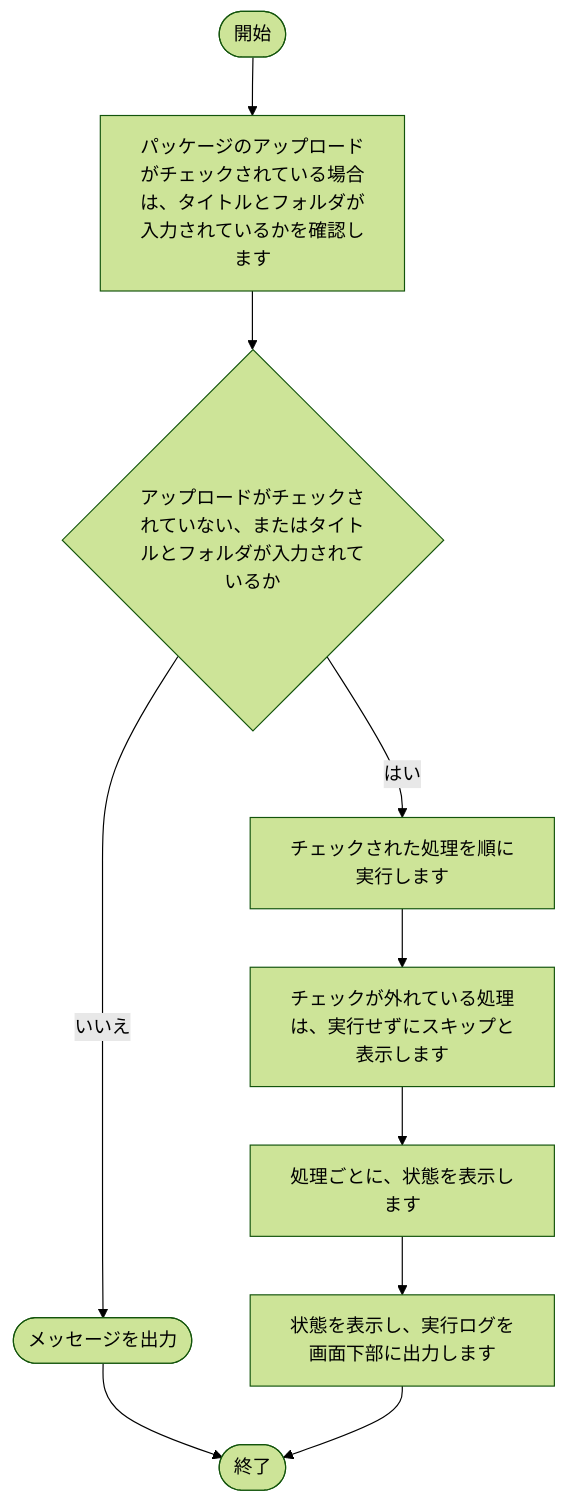
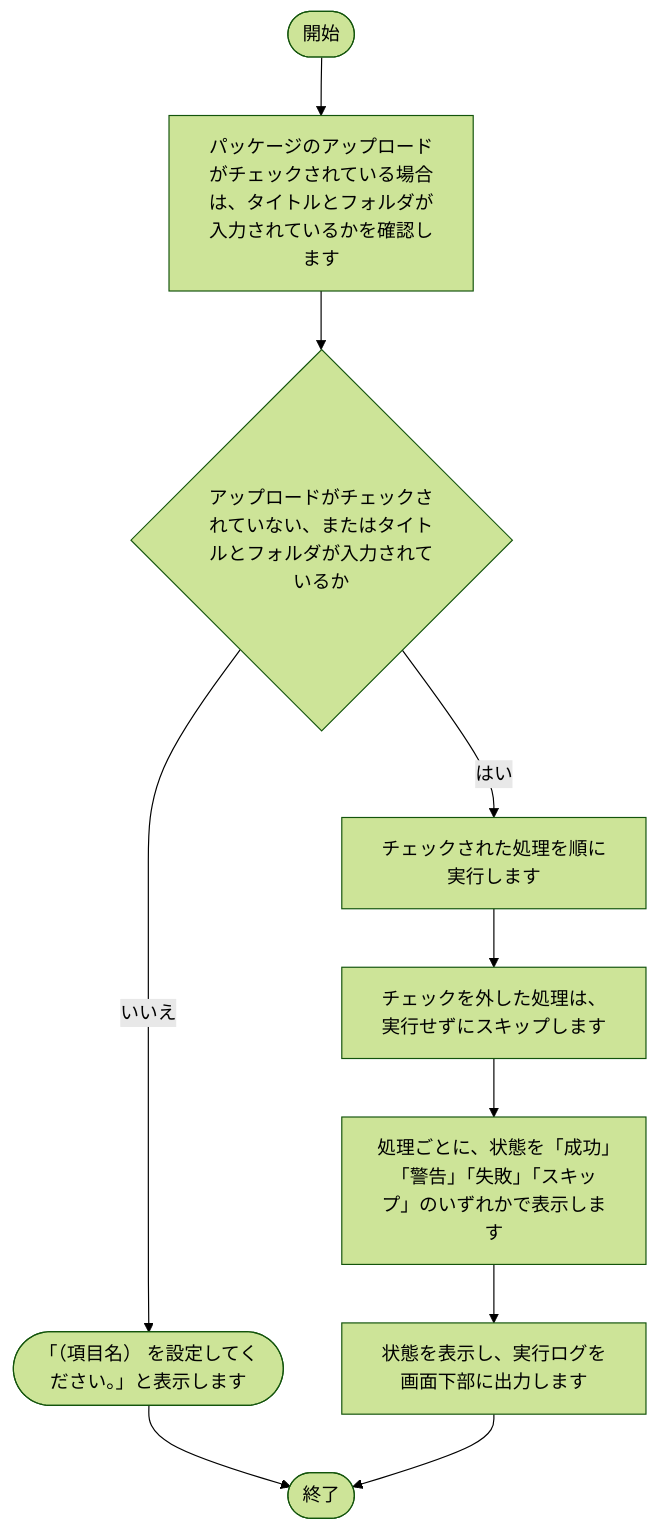
The first of 13 diagrams in tool/package-generator/doc/02_設計/処理フロー.md (nishida2073/project_management), drawn with Mermaid (forest theme) before and after one commit. The commit also changed other lines of this file and 81 other files, not shown here.

````diff
--- a/tool/package-generator/doc/02_設計/処理フロー.md
+++ b/tool/package-generator/doc/02_設計/処理フロー.md
@@ -36,21 +36,21 @@
 ```mermaid
 flowchart TD
     S(["開始"])
     E(["終了"])
     N1["パッケージのアップロードがチェックされている場合は、タイトルとフォルダが入力されているかを確認します"]
     S --> N1
     N2{"アップロードがチェックされていない、またはタイトルとフォルダが入力されているか"}
     N1 --> N2
-    X1(["メッセージを出力"])
+    X1(["「（項目名） を設定してください。」と表示します"])
     N2 -- いいえ --> X1
     X1 --> E
     N3["チェックされた処理を順に実行します"]
     N2 -- はい --> N3
-    N4["チェックが外れている処理は、実行せずにスキップと表示します"]
+    N4["チェックを外した処理は、実行せずにスキップします"]
     N3 --> N4
-    N5["処理ごとに、状態を表示します"]
+    N5["処理ごとに、状態を「成功」「警告」「失敗」「スキップ」のいずれかで表示します"]
     N4 --> N5
     N6["状態を表示し、実行ログを画面下部に出力します"]
     N5 --> N6
     N6 --> E
 ```
````
